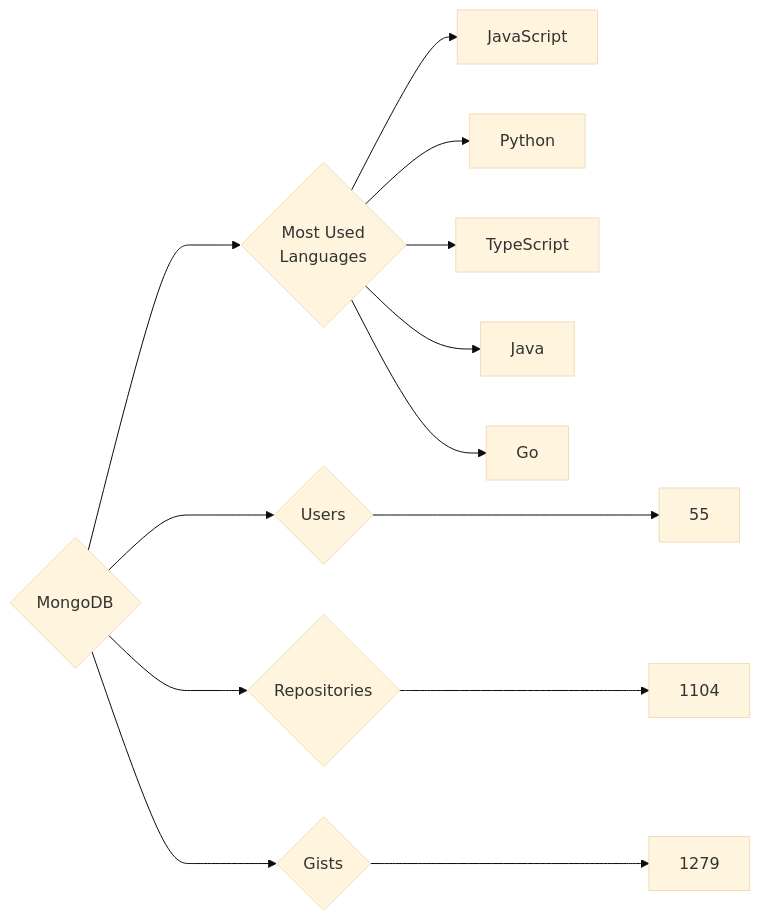
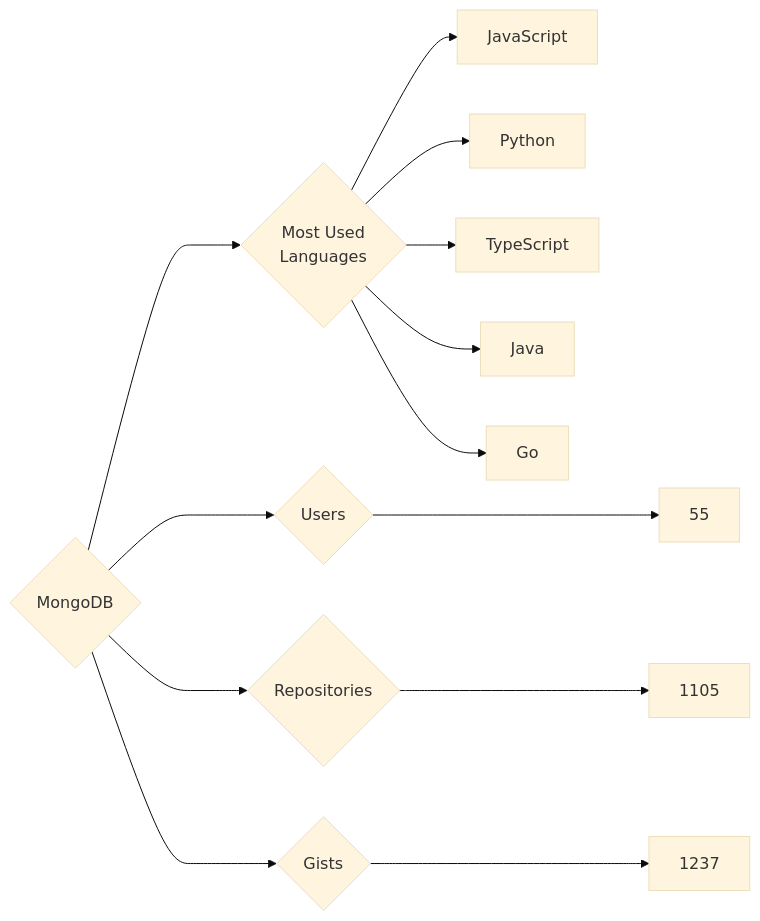
The diagram in targets/MongoDB/README.md (trickest/insiders), drawn with Mermaid (base theme) before and after one commit. The commit also changed 898 other files, not shown here.

````diff
--- a/targets/MongoDB/README.md
+++ b/targets/MongoDB/README.md
@@ -3,13 +3,13 @@
 ```mermaid
 graph LR
 COMPANY_NAME{MongoDB}
 COMPANY_NAME ---> U{Users} ---> UN[55]
-COMPANY_NAME ---> R{Repositories} ---> RN[1104]
-COMPANY_NAME ---> G{Gists} ---> GN[1279]
+COMPANY_NAME ---> R{Repositories} ---> RN[1105]
+COMPANY_NAME ---> G{Gists} ---> GN[1237]
 COMPANY_NAME ---> ML{Most Used<br>Languages}
 ML --> JavaScript[JavaScript]
 ML --> Python[Python]
 ML --> TypeScript[TypeScript]
 ML --> Java[Java]
 ML --> Go[Go]
 ```
````
